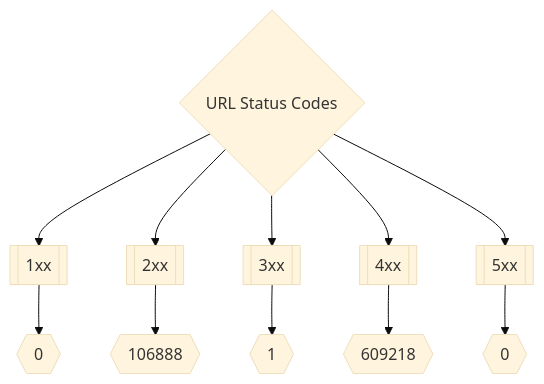
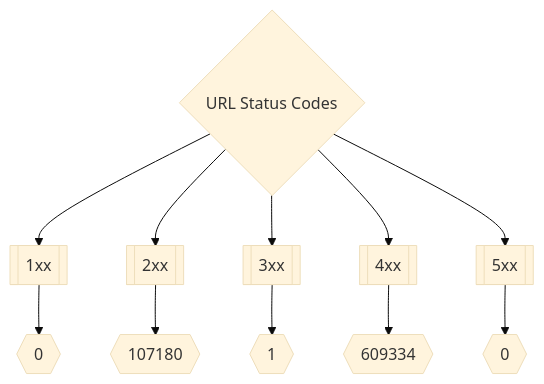
The second of 3 diagrams in README.md (Excloudx6/inventory), drawn with Mermaid (base theme) before and after one commit. The commit also changed other lines of this file, not shown here.

Commit message:
Update README.md Mon Aug 15 22:19:43 UTC 2022

````diff
--- a/README.md
+++ b/README.md
@@ -175,8 +175,8 @@
 ```mermaid
 graph TD
 title{URL Status Codes} --> 1xx[[1xx]] --> status1xxNum{{0}}
-title --> 2xx[[2xx]] --> status2xxNum{{106888}}
+title --> 2xx[[2xx]] --> status2xxNum{{107180}}
 title --> 3xx[[3xx]] --> status3xxNum{{1}}
-title --> 4xx[[4xx]] --> status4xxNum{{609218}}
+title --> 4xx[[4xx]] --> status4xxNum{{609334}}
 title --> 5xx[[5xx]] --> status5xxNum{{0}}
 ```
````
